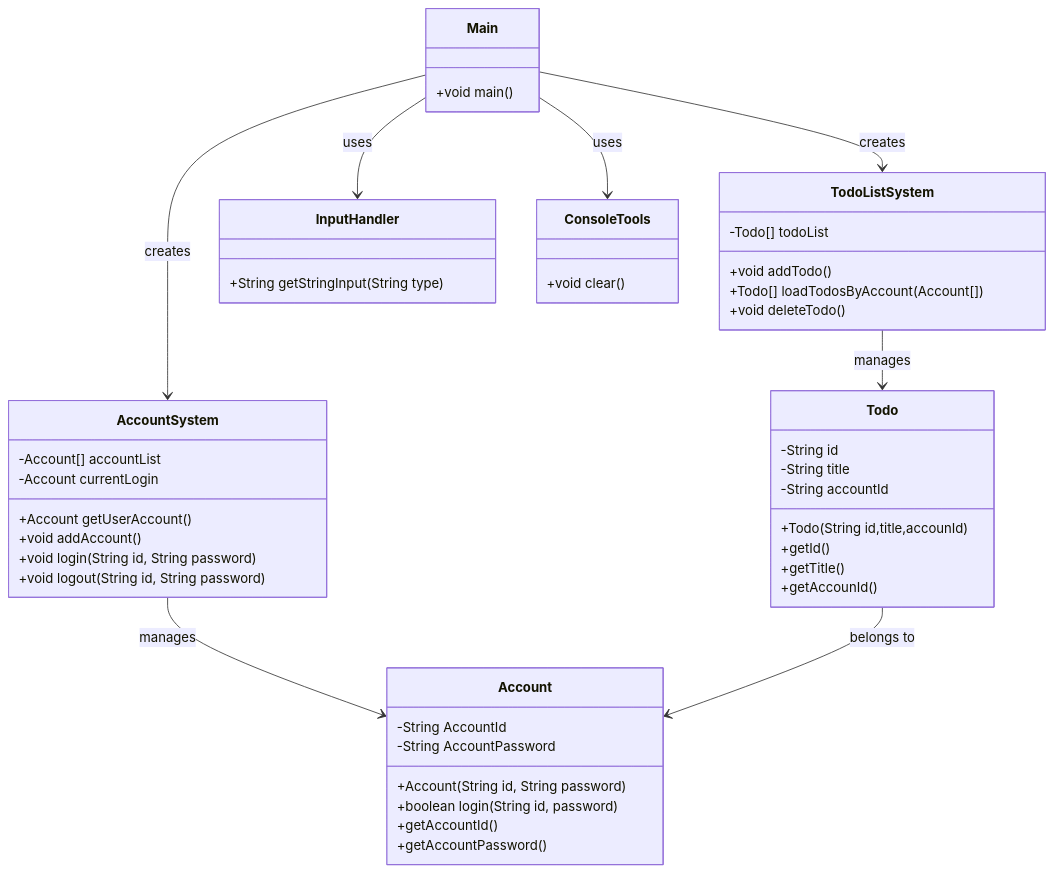
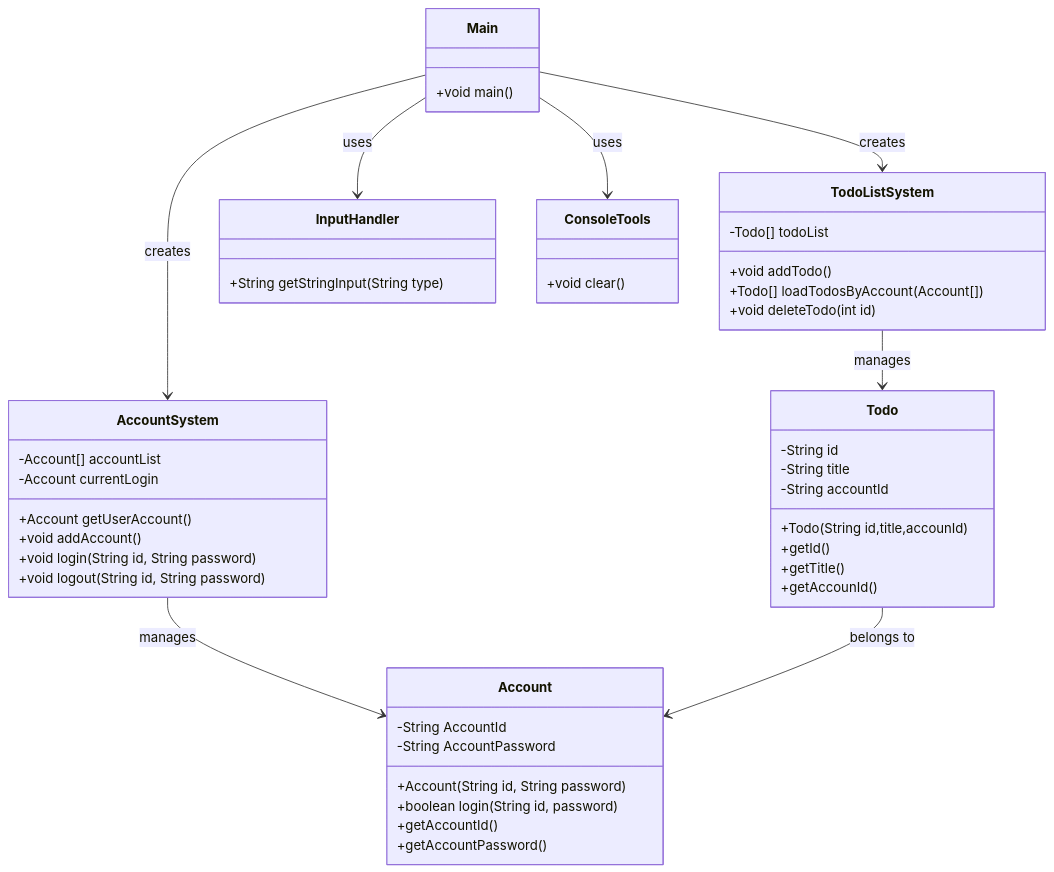
The diagram in src/TodoListWithAccountSystem/todo-list-class-diagram.mermaid (gwongibeom/java_scratch), drawn with Mermaid before and after one commit. The commit also changed 1 other file, not shown here.

Commit message:
(프로젝트) 기획 TodoListSystem deleteTodo 인자 추가 문서 반영

```diff
--- a/src/TodoListWithAccountSystem/todo-list-class-diagram.mermaid
+++ b/src/TodoListWithAccountSystem/todo-list-class-diagram.mermaid
@@ -1,56 +1,56 @@
 classDiagram
     class Todo {
         -String id
         -String title
         -String accountId
         +Todo(String id,title,accounId)
         +getId()
         +getTitle()
         +getAccounId()
     }
 
     class TodoListSystem {
         -Todo[] todoList
         +void addTodo()
         +Todo[] loadTodosByAccount(Account[])
-        +void deleteTodo()
+        +void deleteTodo(int id)
     }
 
     class Account {
         -String AccountId
         -String AccountPassword
         +Account(String id, String password)
         +boolean login(String id, password)
         +getAccountId()
         +getAccountPassword()
 
     }
 
     class AccountSystem {
         -Account[] accountList
         -Account currentLogin
         +Account getUserAccount()
         +void addAccount()
         +void login(String id, String password)
         +void logout(String id, String password)
     }
 
     class InputHandler {
         +String getStringInput(String type)
     }
 
     class ConsoleTools {
         +void clear()
     }
 
     class Main {
         +void main()
     }
 
     Main --> AccountSystem : creates
     Main --> TodoListSystem : creates
     Main --> InputHandler : uses
     Main --> ConsoleTools : uses
     TodoListSystem --> Todo : manages
     AccountSystem --> Account : manages
     Todo --> Account : belongs to
```
